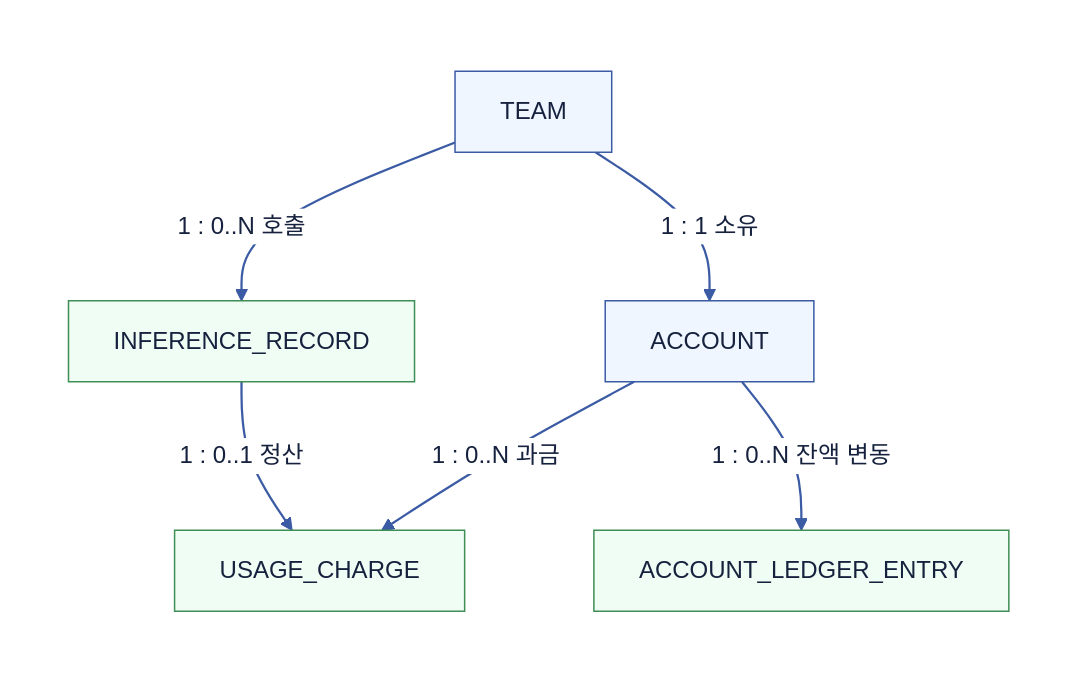
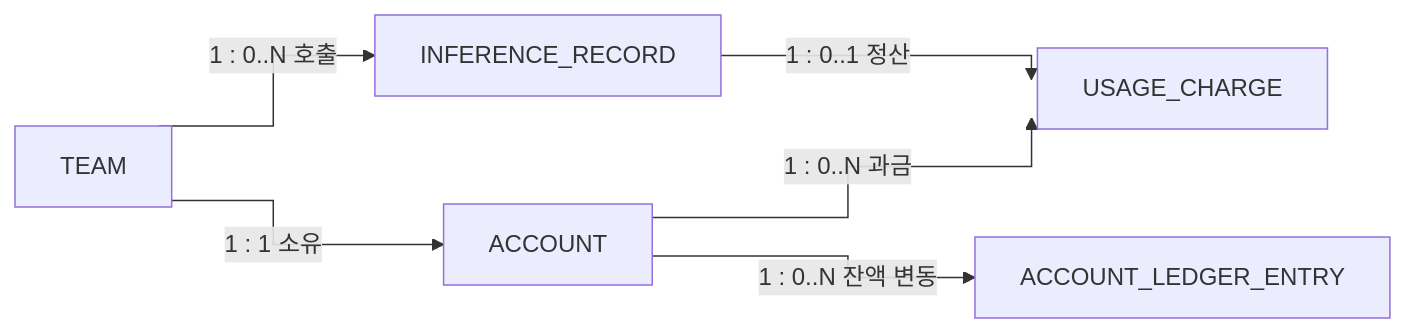
Before and after one commit to Hyune-s-lab/my-ai-study: the diagram in system-design/2608-admission-control/2608-p2-balance-control.md, drawn with Mermaid. The commit also changed other lines of this file and 49 other files, not shown here.

Commit message:
docs: 단순 다이어그램은 Mermaid로, 복잡한 배치는 SVG로 정리

````diff
--- a/system-design/2608-admission-control/2608-p2-balance-control.md
+++ b/system-design/2608-admission-control/2608-p2-balance-control.md
@@ -94,20 +66,14 @@
 ```mermaid
-flowchart TB
-%%{init: {"theme": "base", "darkMode": false, "themeVariables": {"background": "#ffffff", "primaryColor": "#EFF6FF", "primaryTextColor": "#16213E", "primaryBorderColor": "#3B5BA5", "secondaryColor": "#F0FDF4", "tertiaryColor": "#FAF5FF", "lineColor": "#3B5BA5", "textColor": "#16213E", "edgeLabelBackground": "#ffffff", "clusterBkg": "#F8FAFC", "clusterBorder": "#CBD5E1"}}}%%
-  subgraph canvas[" "]
-    direction TB
-    TEAM["TEAM"] -->|"1 : 1 소유"| ACCOUNT["ACCOUNT"]
-    TEAM -->|"1 : 0..N 호출"| INFERENCE_RECORD["INFERENCE_RECORD"]
-    ACCOUNT -->|"1 : 0..N 과금"| USAGE_CHARGE["USAGE_CHARGE"]
-    ACCOUNT -->|"1 : 0..N 잔액 변동"| ACCOUNT_LEDGER_ENTRY["ACCOUNT_LEDGER_ENTRY"]
-    INFERENCE_RECORD -->|"1 : 0..1 정산"| USAGE_CHARGE
-  end
-  style canvas fill:#ffffff,stroke:#ffffff,color:#111827
-  linkStyle default stroke:#3B5BA5,stroke-width:1.5px
-  classDef app fill:#EFF6FF,stroke:#3B5BA5,stroke-width:1px,color:#16213E
-  class TEAM,ACCOUNT app
-  classDef db fill:#F0FDF4,stroke:#3F8E55,stroke-width:1px,color:#16213E
-  class INFERENCE_RECORD,USAGE_CHARGE,ACCOUNT_LEDGER_ENTRY db
-  classDef policy fill:#FAF5FF,stroke:#A855F7,stroke-width:1px,color:#16213E
-  classDef worker fill:#FFF7ED,stroke:#C98A2B,stroke-width:1px,color:#16213E
+flowchart LR
+%%{init: {"flowchart": {"curve": "stepAfter", "wrappingWidth": 400}}}%%
+  n_TEAM["TEAM"]
+  n_ACCOUNT["ACCOUNT"]
+  n_INFERENCE_RECORD["INFERENCE_RECORD"]
+  n_USAGE_CHARGE["USAGE_CHARGE"]
+  n_ACCOUNT_LEDGER_ENTRY["ACCOUNT_LEDGER_ENTRY"]
+  n_TEAM -->|"1 : 1 소유"| n_ACCOUNT
+  n_TEAM -->|"1 : 0..N 호출"| n_INFERENCE_RECORD
+  n_ACCOUNT -->|"1 : 0..N 과금"| n_USAGE_CHARGE
+  n_ACCOUNT -->|"1 : 0..N 잔액 변동"| n_ACCOUNT_LEDGER_ENTRY
+  n_INFERENCE_RECORD -->|"1 : 0..1 정산"| n_USAGE_CHARGE
 ```
````
